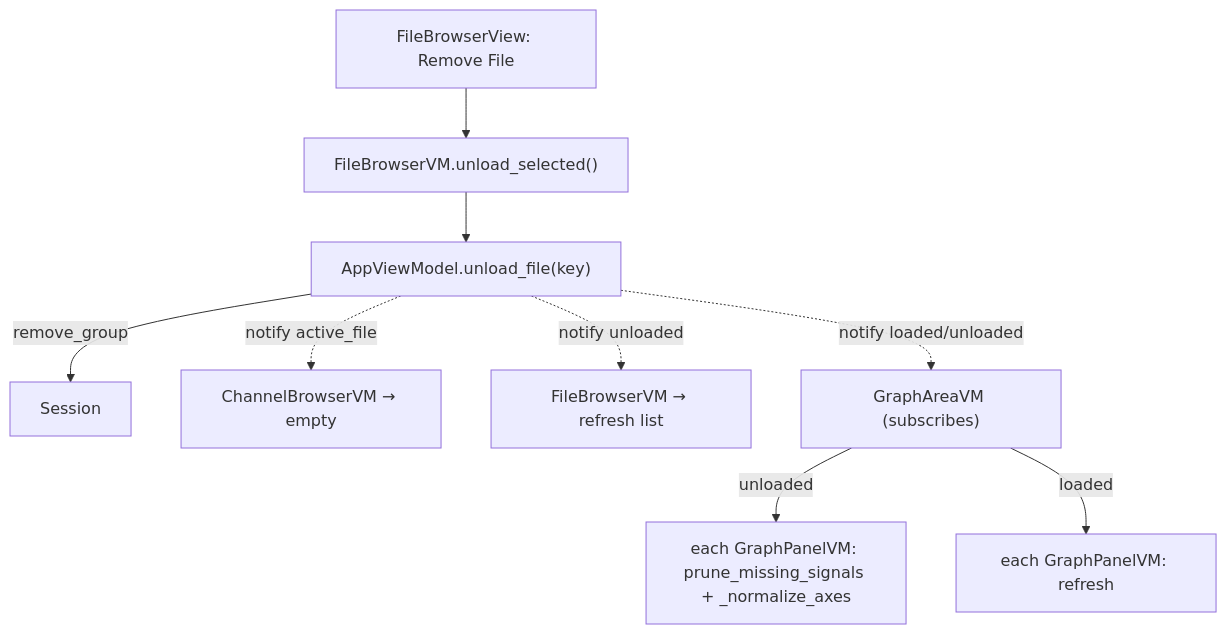
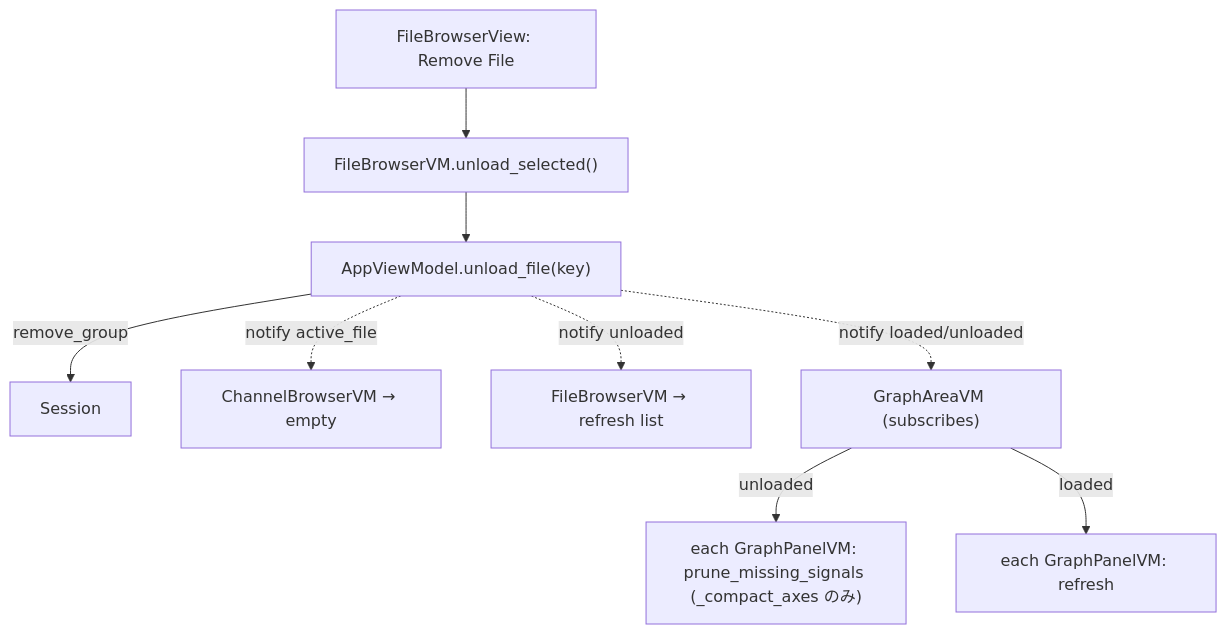
The second of 2 diagrams in .kiro/specs/valisync-gui-file-browser/design.md (tsuru0413/valisync), drawn with Mermaid before and after one commit. The commit also changed other lines of this file and 7 other files, not shown here.

First line of the commit message:
feat(gui): Y軸リージョン削除時の高さ保持（絶対比率保持＋空白）— _normalize_axes 廃止 (#14)

````diff
--- a/.kiro/specs/valisync-gui-file-browser/design.md
+++ b/.kiro/specs/valisync-gui-file-browser/design.md
@@ -169,11 +171,11 @@
 ```mermaid
 graph TD
     CtxMenu["FileBrowserView: Remove File"] --> FBVM["FileBrowserVM.unload_selected()"]
     FBVM --> AppVM["AppViewModel.unload_file(key)"]
     AppVM -->|remove_group| Session[Session]
     AppVM -. notify active_file .-> CBVM[ChannelBrowserVM → empty]
     AppVM -. notify unloaded .-> FBVM2[FileBrowserVM → refresh list]
     AppVM -. notify loaded/unloaded .-> GAVM["GraphAreaVM (subscribes)"]
-    GAVM -->|unloaded| GPVM["each GraphPanelVM: prune_missing_signals + _normalize_axes"]
+    GAVM -->|unloaded| GPVM["each GraphPanelVM: prune_missing_signals (_compact_axes のみ)"]
     GAVM -->|loaded| GPVM2["each GraphPanelVM: refresh"]
 ```
````
